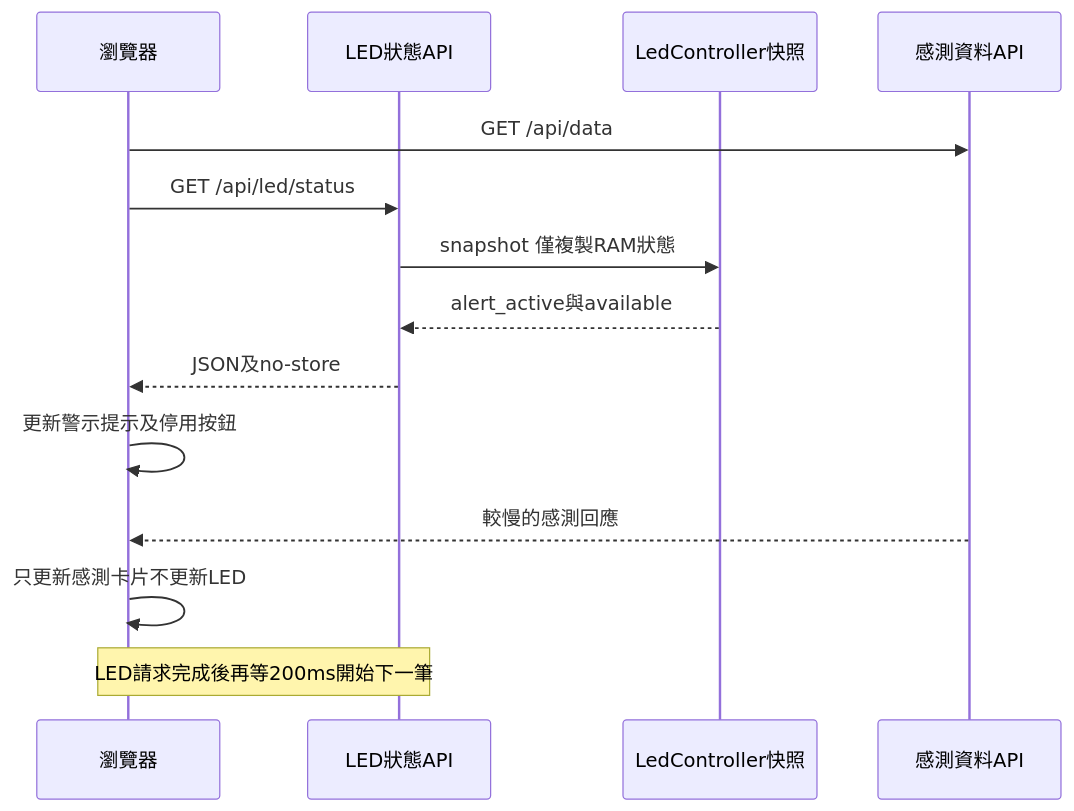
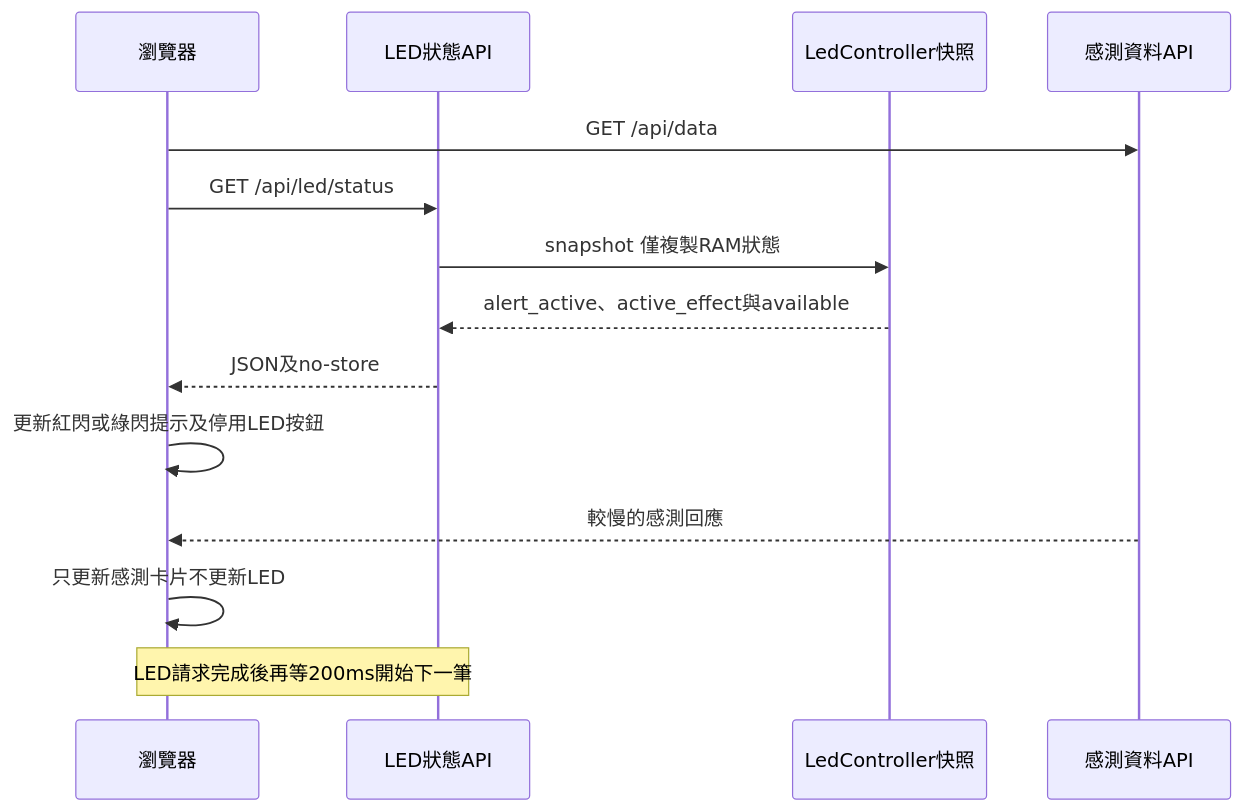
Diagram 13 of 21 in LED_SINGLE_OWNER_GUIDE.md (change918418-tech/IoT_Course), drawn with Mermaid before and after one commit. The commit also changed other lines of this file and 30 other files, not shown here.

````diff
--- a/LED_SINGLE_OWNER_GUIDE.md
+++ b/LED_SINGLE_OWNER_GUIDE.md
@@ -719,16 +720,16 @@
 ```mermaid
 sequenceDiagram
     participant Browser as 瀏覽器
     participant FastApi as LED狀態API
     participant Owner as LedController快照
     participant DataApi as 感測資料API
     Browser->>DataApi: GET /api/data
     Browser->>FastApi: GET /api/led/status
     FastApi->>Owner: snapshot 僅複製RAM狀態
-    Owner-->>FastApi: alert_active與available
+    Owner-->>FastApi: alert_active、active_effect與available
     FastApi-->>Browser: JSON及no-store
-    Browser->>Browser: 更新警示提示及停用按鈕
+    Browser->>Browser: 更新紅閃或綠閃提示及停用LED按鈕
     DataApi-->>Browser: 較慢的感測回應
     Browser->>Browser: 只更新感測卡片不更新LED
     Note over Browser,FastApi: LED請求完成後再等200ms開始下一筆
 ```
````
